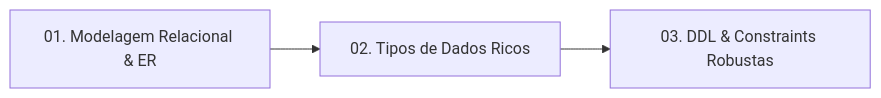
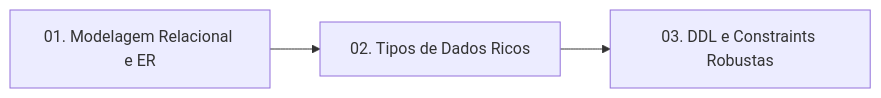
The diagram in 02-modelagem-e-ddl/README.md (diogofragoso/postgresql), drawn with Mermaid before and after one commit. The commit also changed other lines of this file and 28 other files, not shown here.

````diff
--- a/02-modelagem-e-ddl/README.md
+++ b/02-modelagem-e-ddl/README.md
@@ -17,5 +17,5 @@
 ```mermaid
 flowchart LR
-    A["01. Modelagem Relacional & ER"] --> B["02. Tipos de Dados Ricos"]
-    B --> C["03. DDL & Constraints Robustas"]
+    A["01. Modelagem Relacional e ER"] --> B["02. Tipos de Dados Ricos"]
+    B --> C["03. DDL e Constraints Robustas"]
 ```
````
